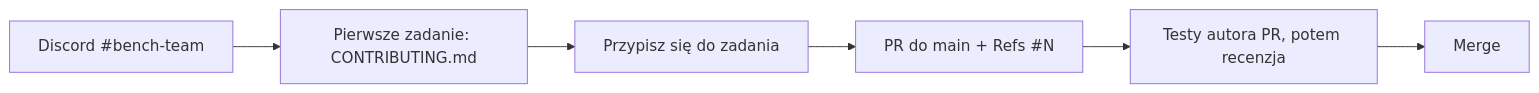
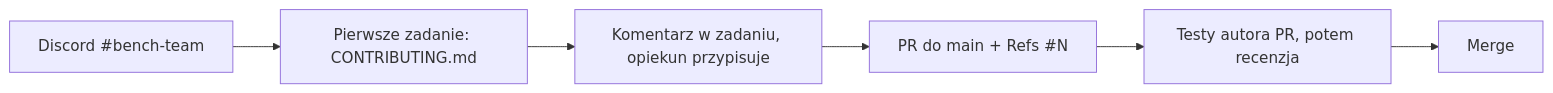
One commit to slayerlabs/benchmarks-fabryka-ai changed the diagram in README.md. Above: the diagram before and after it, drawn with Mermaid. The commit also changed other lines of this file and 6 other files, not shown here.

````diff
--- a/README.md
+++ b/README.md
@@ -22,7 +26,7 @@
 ```mermaid
 flowchart LR
   A[Discord #bench-team] --> B[Pierwsze zadanie: CONTRIBUTING.md]
-  B --> C[Przypisz się do zadania]
+  B --> C[Komentarz w zadaniu, opiekun przypisuje]
   C --> D[PR do main + Refs #N]
   D --> E[Testy autora PR, potem recenzja] --> F[Merge]
 ```
````
